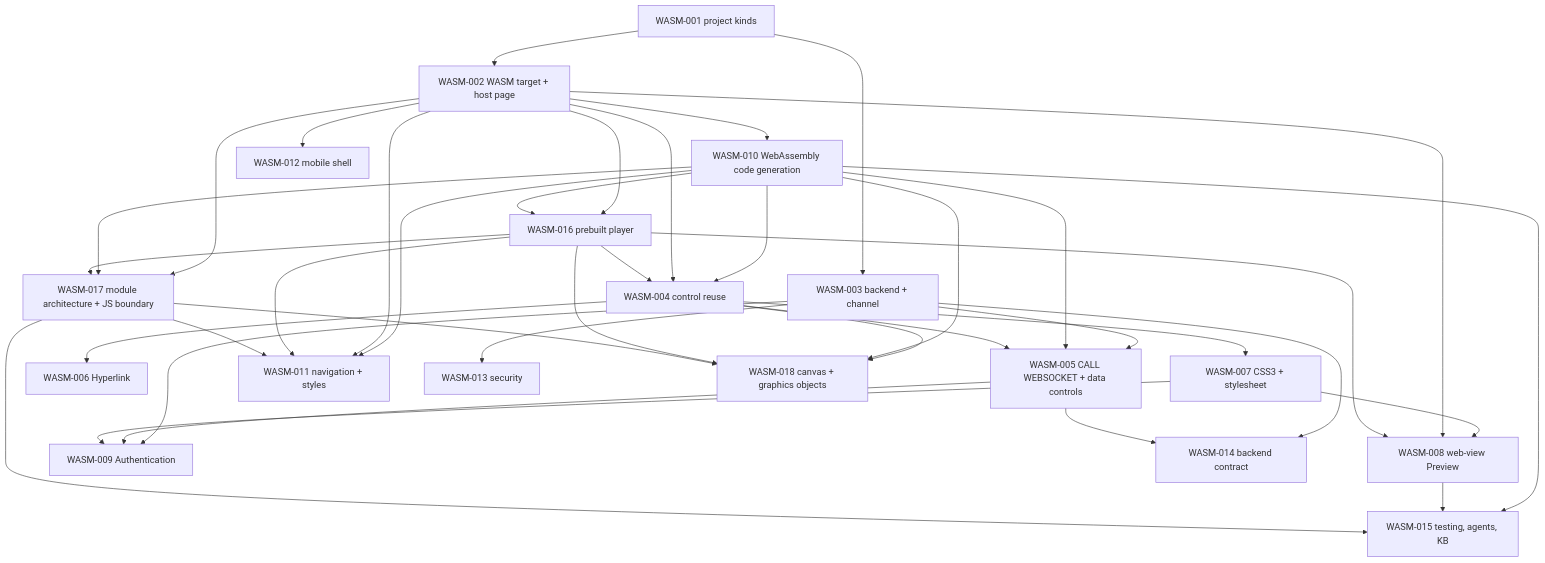
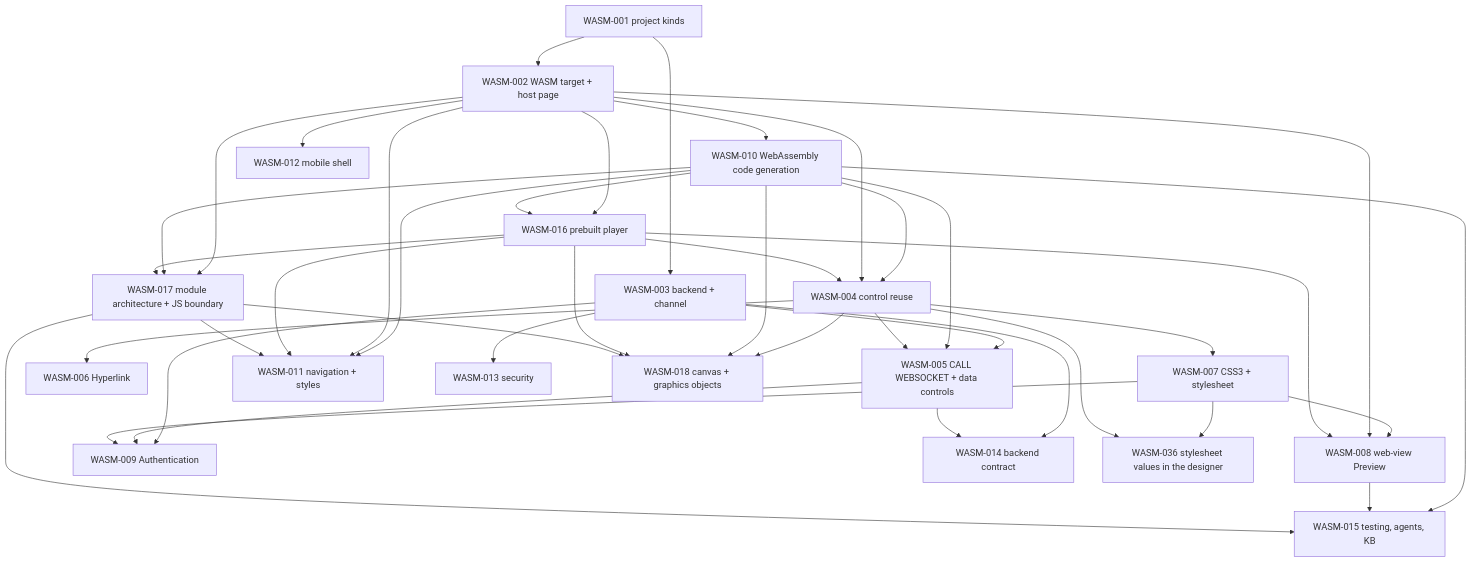
One commit to CloudLandBeta/PowerRustCOBOL changed the second of 2 diagrams in specs/WASM-INDEX.md. Above: the diagram before and after it, drawn with Mermaid. The commit also changed other lines of this file and 6 other files, not shown here.

First line of the commit message:
Spec WASM-036 (draft): the stylesheet's values in the Form Designer and the Properties panel, and edits written back to the rule (2.0.299)

````diff
--- a/specs/WASM-INDEX.md
+++ b/specs/WASM-INDEX.md
@@ -78,40 +79,42 @@
 ```mermaid
 flowchart TD
   W1["WASM-001 project kinds"] --> W2["WASM-002 WASM target + host page"]
   W1 --> W3["WASM-003 backend + channel"]
   W2 --> W10["WASM-010 WebAssembly code generation"]
   W10 --> W4["WASM-004 control reuse"]
   W2 --> W4
   W3 --> W5["WASM-005 CALL WEBSOCKET + data controls"]
   W10 --> W5
   W4 --> W5
   W4 --> W6["WASM-006 Hyperlink"]
   W4 --> W7["WASM-007 CSS3 + stylesheet"]
   W7 --> W8["WASM-008 web-view Preview"]
   W2 --> W8
   W3 --> W9["WASM-009 Authentication"]
   W5 --> W9
   W7 --> W9
   W10 --> W11["WASM-011 navigation + styles"]
   W2 --> W11
   W2 --> W12["WASM-012 mobile shell"]
   W3 --> W14["WASM-014 backend contract"]
   W5 --> W14
   W3 --> W13["WASM-013 security"]
   W10 --> W15["WASM-015 testing, agents, KB"]
   W8 --> W15
   W2 --> W16["WASM-016 prebuilt player"]
   W10 --> W16
   W16 --> W4
   W16 --> W8
   W16 --> W11
   W2 --> W17["WASM-017 module architecture + JS boundary"]
   W10 --> W17
   W16 --> W17
   W17 --> W11
   W17 --> W15
   W4 --> W18["WASM-018 canvas + graphics objects"]
   W10 --> W18
   W16 --> W18
   W17 --> W18
+  W7 --> W36["WASM-036 stylesheet values in the designer"]
+  W4 --> W36
 ```
````
